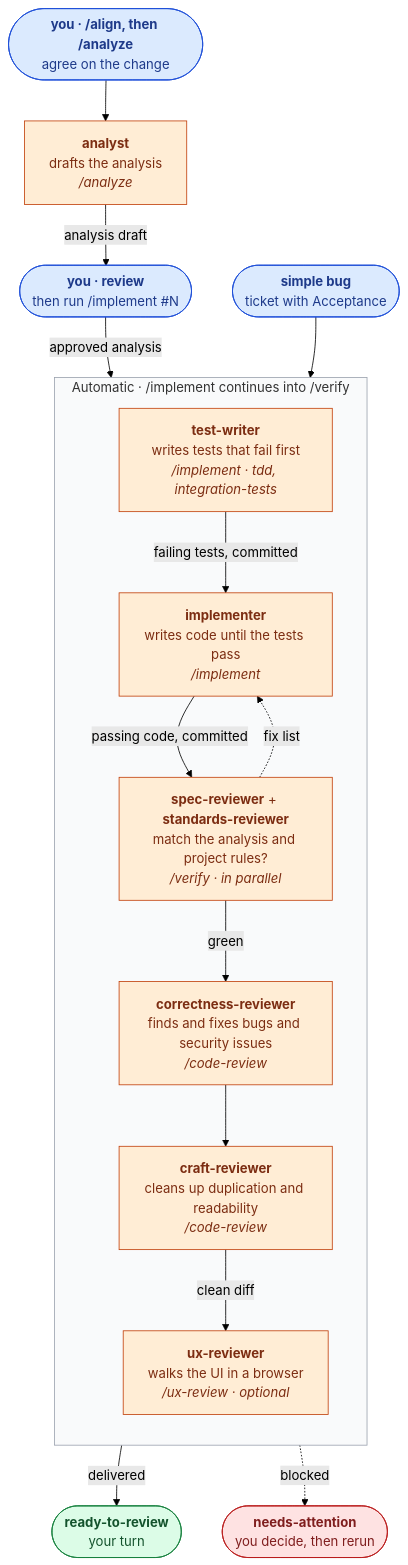
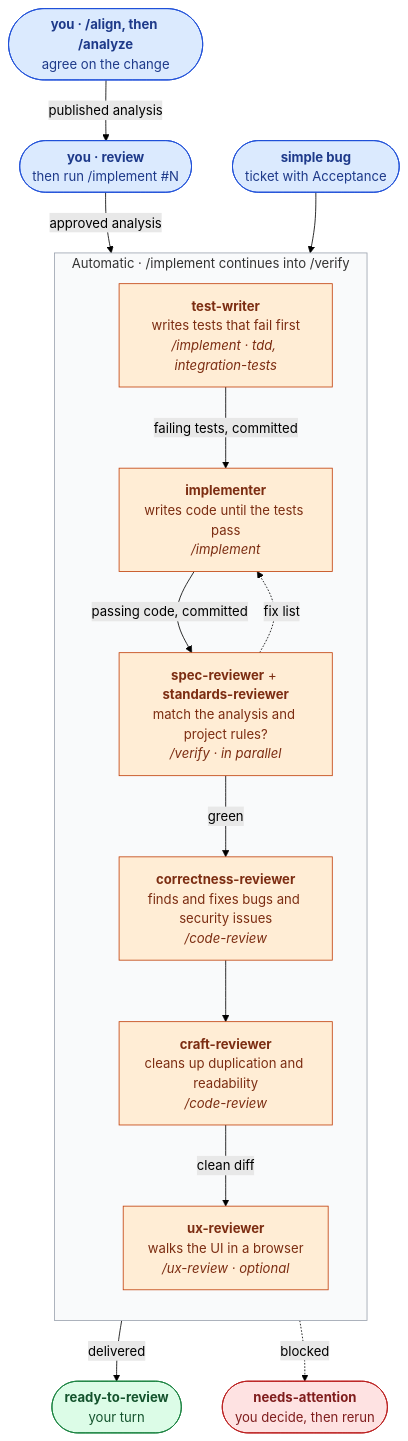
One commit to rdurica/enterprise-engineering-skills changed the diagram in README.md. Above: the diagram before and after it, drawn with Mermaid (forest theme). The commit also changed other lines of this file and 3 other files, not shown here.

First line of the commit message:
refactor(agents): drop analyst agent and draft analysis in /analyze

````diff
--- a/README.md
+++ b/README.md
@@ -22,42 +22,41 @@
 ```mermaid
 flowchart TD
     Align(["<b>you · /align, then /analyze</b><br/>agree on the change"])
-    analyst["<b>analyst</b><br/>drafts the analysis<br/><i>/analyze</i>"]
     Review(["<b>you · review</b><br/>then run /implement #N"])
     Bug(["<b>simple bug</b><br/>ticket with Acceptance"])
 
     subgraph Auto["Automatic · /implement continues into /verify"]
         direction TB
         testWriter["<b>test-writer</b><br/>writes tests that fail first<br/><i>/implement · tdd, integration-tests</i>"]
         implementer["<b>implementer</b><br/>writes code until the tests pass<br/><i>/implement</i>"]
         functional["<b>spec-reviewer</b> + <b>standards-reviewer</b><br/>match the analysis and project rules?<br/><i>/verify · in parallel</i>"]
         correctness["<b>correctness-reviewer</b><br/>finds and fixes bugs and security issues<br/><i>/code-review</i>"]
         craft["<b>craft-reviewer</b><br/>cleans up duplication and readability<br/><i>/code-review</i>"]
         ux["<b>ux-reviewer</b><br/>walks the UI in a browser<br/><i>/ux-review · optional</i>"]
 
         testWriter -- "failing tests, committed" --> implementer
         implementer -- "passing code, committed" --> functional
         functional -. "fix list" .-> implementer
         functional -- "green" --> correctness
         correctness --> craft
         craft -- "clean diff" --> ux
     end
 
     Ready(["<b>ready-to-review</b><br/>your turn"])
     Attention(["<b>needs-attention</b><br/>you decide, then rerun"])
 
-    Align --> analyst -- "analysis draft" --> Review -- "approved analysis" --> testWriter
+    Align -- "published analysis" --> Review -- "approved analysis" --> testWriter
     Bug --> testWriter
     ux -- "delivered" --> Ready
     Auto -. "blocked" .-> Attention
 
     classDef human fill:#dbeafe,stroke:#1d4ed8,color:#1e3a8a
     classDef agent fill:#ffedd5,stroke:#c2410c,color:#7c2d12
     classDef ready fill:#dcfce7,stroke:#15803d,color:#14532d
     classDef blocked fill:#fee2e2,stroke:#b91c1c,color:#7f1d1d
     class Align,Review,Bug human
-    class analyst,testWriter,implementer,functional,correctness,craft,ux agent
+    class testWriter,implementer,functional,correctness,craft,ux agent
     class Ready ready
     class Attention blocked
     style Auto fill:#f9fafb,stroke:#9ca3af
 ```
````
